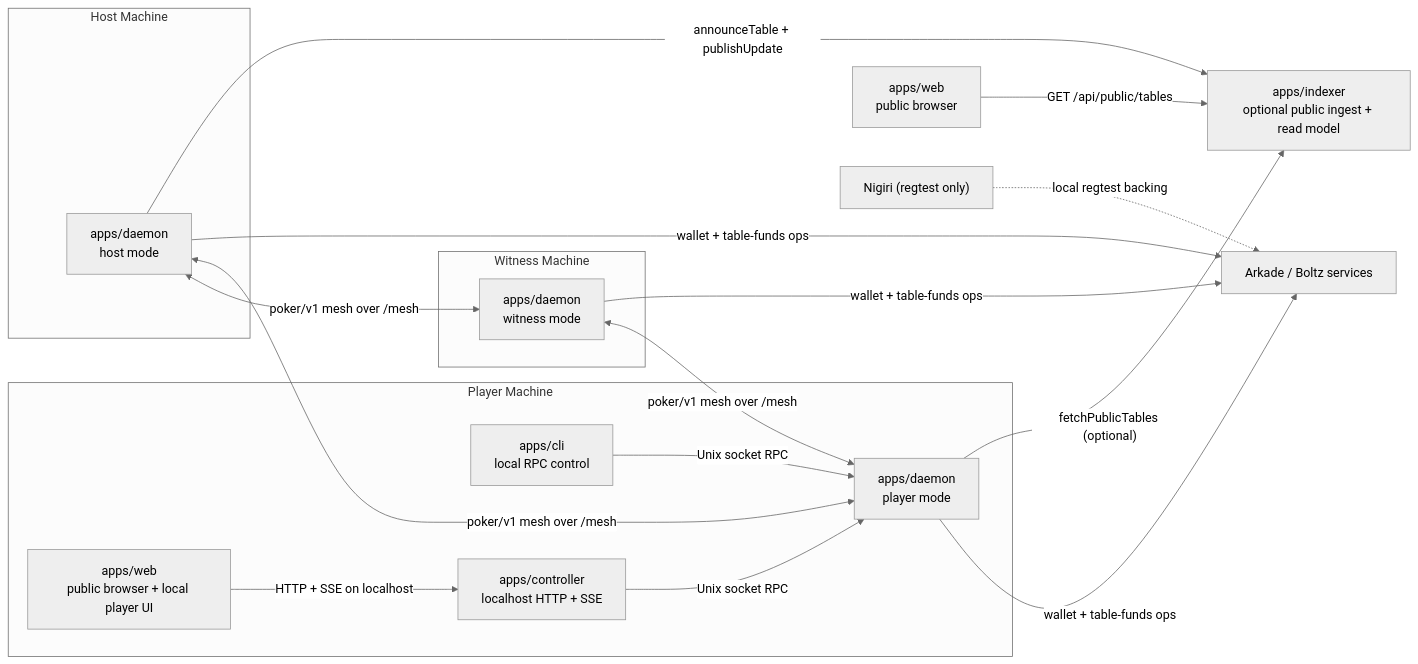
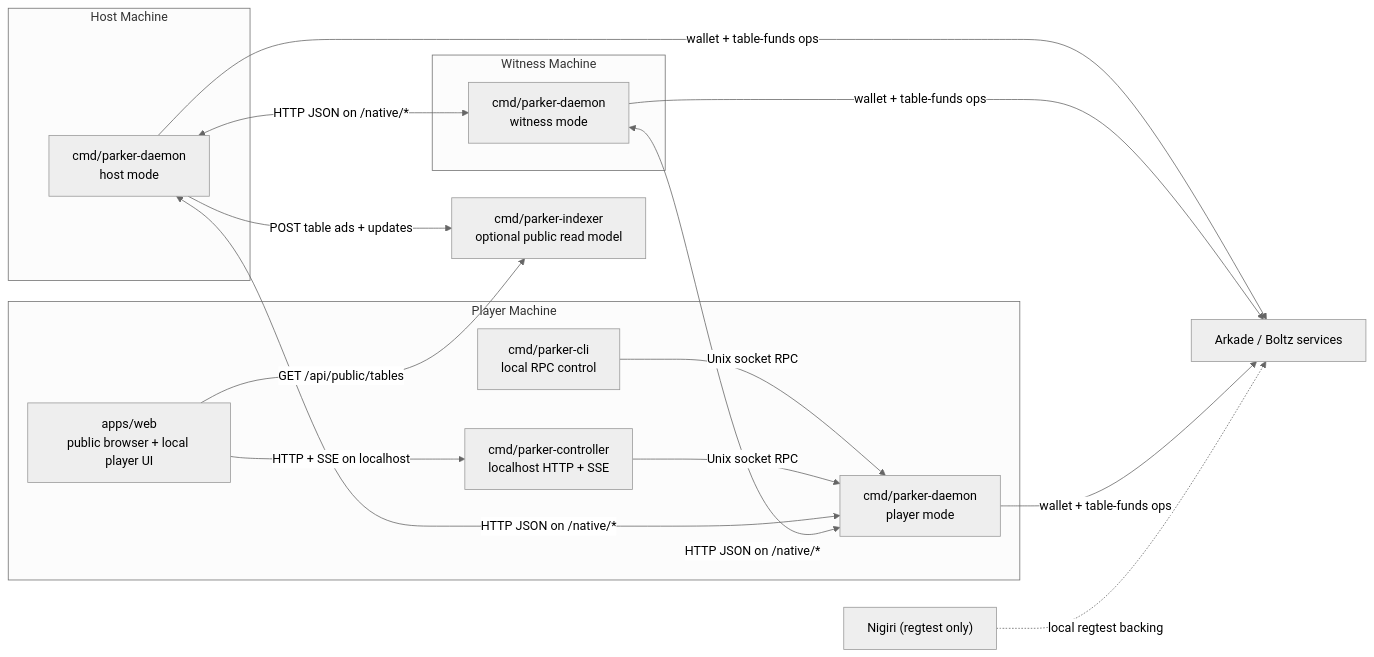
One commit to parkerpoker/parkerd changed the diagram in docs/architecture.md. Above: the diagram before and after it, drawn with Mermaid (neutral theme). The commit also changed other lines of this file and 4 other files, not shown here.

````diff
--- a/docs/architecture.md
+++ b/docs/architecture.md
@@ -198,39 +207,37 @@
 ```mermaid
 flowchart LR
   subgraph "Host Machine"
-    HostDaemon["apps/daemon<br/>host mode"]
+    HostDaemon["cmd/parker-daemon<br/>host mode"]
   end
 
   subgraph "Witness Machine"
-    WitnessDaemon["apps/daemon<br/>witness mode"]
+    WitnessDaemon["cmd/parker-daemon<br/>witness mode"]
   end
 
   subgraph "Player Machine"
-    PlayerCLI["apps/cli<br/>local RPC control"]
-    Controller["apps/controller<br/>localhost HTTP + SSE"]
+    PlayerCLI["cmd/parker-cli<br/>local RPC control"]
+    Controller["cmd/parker-controller<br/>localhost HTTP + SSE"]
     BrowserUI["apps/web<br/>public browser + local player UI"]
-    PlayerDaemon["apps/daemon<br/>player mode"]
+    PlayerDaemon["cmd/parker-daemon<br/>player mode"]
     PlayerCLI -->|"Unix socket RPC"| PlayerDaemon
     Controller -->|"Unix socket RPC"| PlayerDaemon
     BrowserUI -->|"HTTP + SSE on localhost"| Controller
   end
 
-  Indexer["apps/indexer<br/>optional public ingest + read model"]
-  UI["apps/web<br/>public browser"]
+  Indexer["cmd/parker-indexer<br/>optional public read model"]
   Arkade["Arkade / Boltz services"]
   Nigiri["Nigiri (regtest only)"]
 
-  HostDaemon <-->|"poker/v1 mesh over /mesh"| WitnessDaemon
-  HostDaemon <-->|"poker/v1 mesh over /mesh"| PlayerDaemon
-  WitnessDaemon <-->|"poker/v1 mesh over /mesh"| PlayerDaemon
+  HostDaemon <-->|"HTTP JSON on /native/*"| WitnessDaemon
+  HostDaemon <-->|"HTTP JSON on /native/*"| PlayerDaemon
+  WitnessDaemon <-->|"HTTP JSON on /native/*"| PlayerDaemon
 
   HostDaemon -->|"wallet + table-funds ops"| Arkade
   WitnessDaemon -->|"wallet + table-funds ops"| Arkade
   PlayerDaemon -->|"wallet + table-funds ops"| Arkade
 
-  HostDaemon -->|"announceTable + publishUpdate"| Indexer
-  PlayerDaemon -->|"fetchPublicTables (optional)"| Indexer
-  UI -->|"GET /api/public/tables"| Indexer
+  HostDaemon -->|"POST table ads + updates"| Indexer
+  BrowserUI -->|"GET /api/public/tables"| Indexer
 
   Nigiri -.->|"local regtest backing"| Arkade
 ```
````
